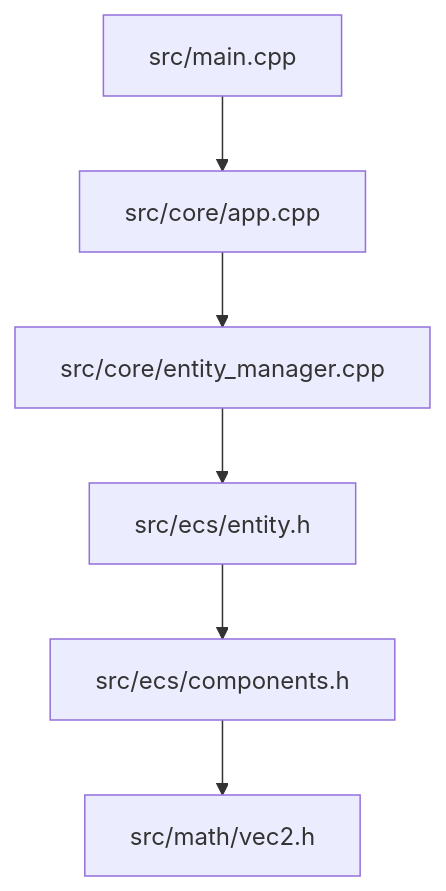
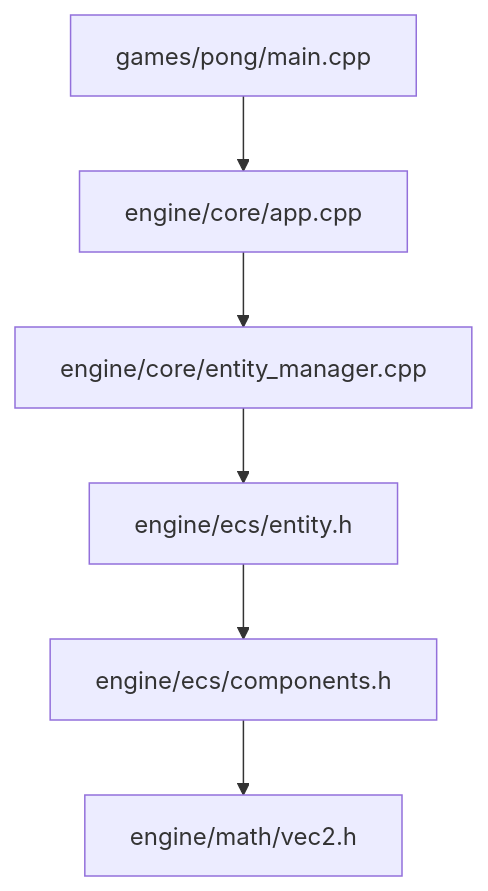
Before and after one commit to inkbytefo/AstralEngine2D: the diagram in docs/OVERVIEW.md, drawn with Mermaid. The commit also changed other lines of this file and 19 other files, not shown here.

````diff
--- a/docs/OVERVIEW.md
+++ b/docs/OVERVIEW.md
@@ -15,8 +15,8 @@
 ```mermaid
 graph TD
-    Main[src/main.cpp] --> App[src/core/app.cpp]
-    App --> EM[src/core/entity_manager.cpp]
-    EM --> E[src/ecs/entity.h]
-    E --> C[src/ecs/components.h]
-    C --> V[src/math/vec2.h]
+    Main[games/pong/main.cpp] --> App[engine/core/app.cpp]
+    App --> EM[engine/core/entity_manager.cpp]
+    EM --> E[engine/ecs/entity.h]
+    E --> C[engine/ecs/components.h]
+    C --> V[engine/math/vec2.h]
 ```
````
